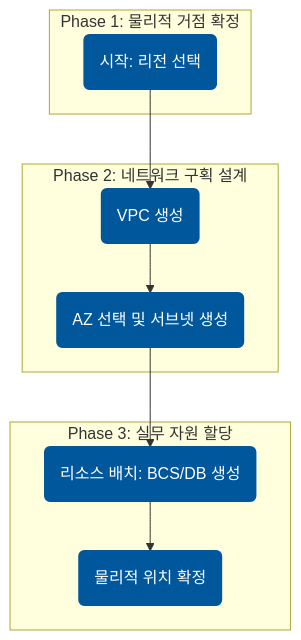
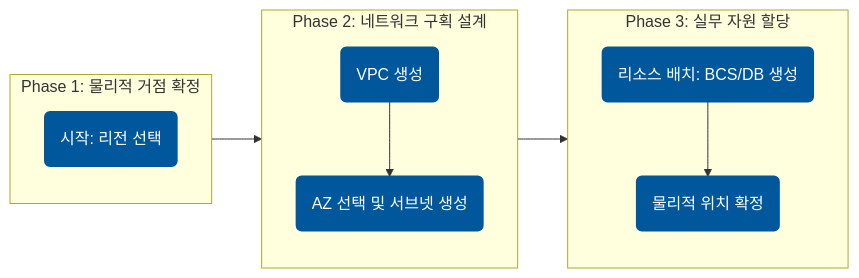
Before and after one commit to notory678/2026_gachon_trainee_Learning_portfolio: the first of 2 diagrams in Domain 1. Cloud Fundamentals/Region 및 Availability Zone 개념.md, drawn with Mermaid. The commit also changed other lines of this file, not shown here.

Commit message:
Update Region 및 Availability Zone 개념.md

````diff
--- a/Domain 1. Cloud Fundamentals/Region 및 Availability Zone 개념.md
+++ b/Domain 1. Cloud Fundamentals/Region 및 Availability Zone 개념.md
@@ -61,29 +66,31 @@
 ```mermaid
-  graph TD
+  graph LR
     %% 노드 정의
-    A(시작: 리전 선택) --> B(VPC 생성)
-    B --> C(AZ 선택 및 서브넷 생성)
-    C --> D(리소스 배치: BCS/DB 생성)
-    D --> E(물리적 위치 확정)
+    A(시작: 리전 선택) 
+    B(VPC 생성) --> C(AZ 선택 및 서브넷 생성)
+    D(리소스 배치: BCS/DB 생성) --> E(물리적 위치 확정)
 
     %% 설명 및 제약사항 추가 (주석 형태)
-    subgraph "Phase 1: 물리적 거점 확정"
+    subgraph P1 [Phase 1: 물리적 거점 확정]
     A
     end
 
-    subgraph "Phase 2: 네트워크 구획 설계"
+    subgraph P2 [Phase 2: 네트워크 구획 설계]
     B
     C
     end
 
-    subgraph "Phase 3: 실무 자원 할당"
+    subgraph P3 [Phase 3: 실무 자원 할당]
     D
     E
     end
+
+    %% 서브그래프 ID끼리 직접 연결
+    P1 --> P2 --> P3
 
     %% 클래스 연결
     class A,B,C,D,E emphasized;
 
     %% 스타일 정의: 진한 블루 배경에 흰색 글자
     classDef emphasized fill:#01579b,stroke:#01579b,stroke-width:2px,color:#ffffff;
 ```
````
